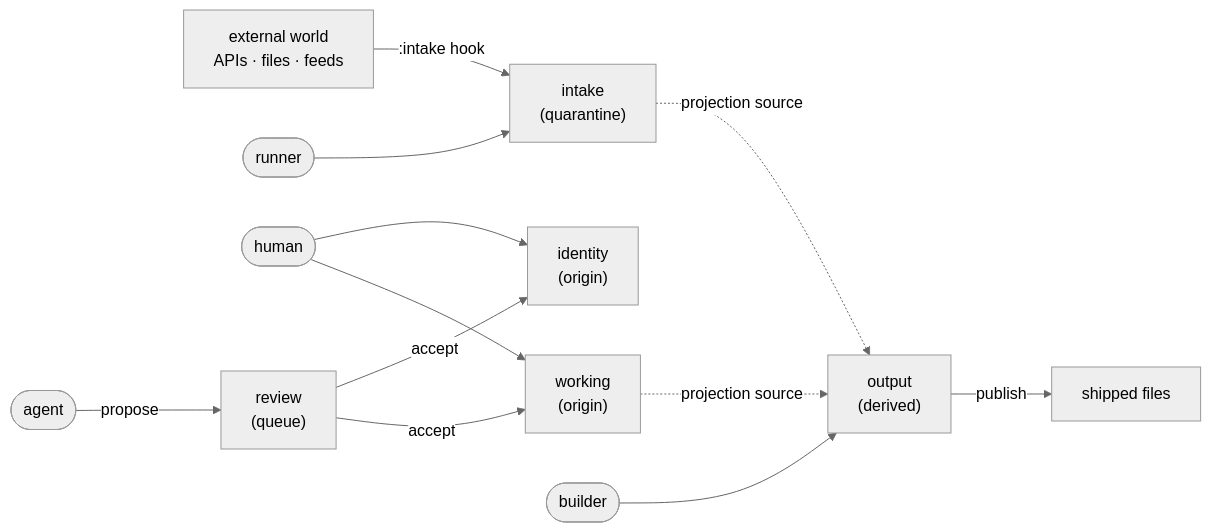
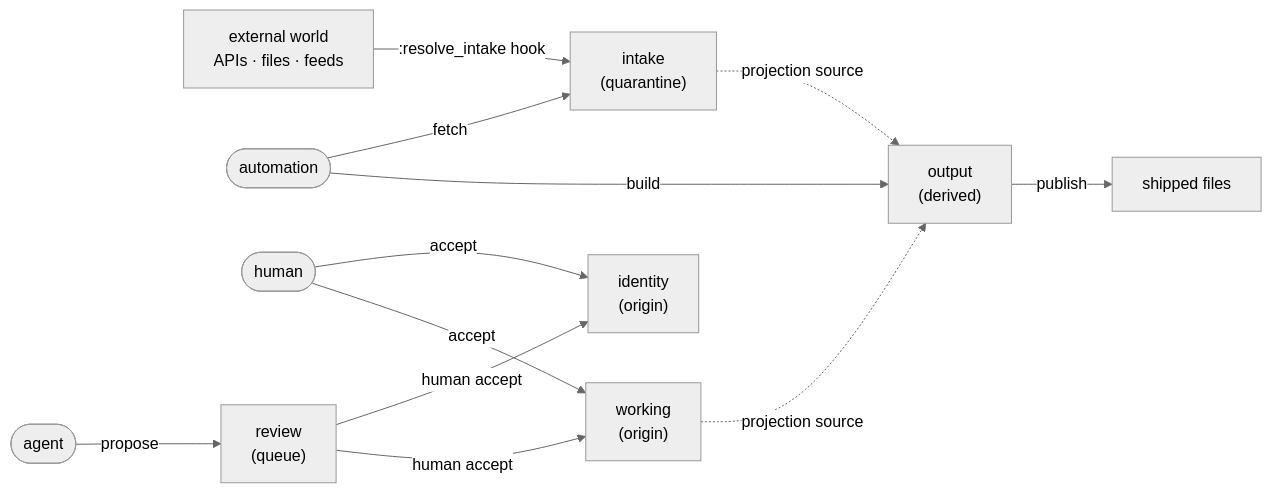
One commit to patrick204nqh/textus changed the diagram in docs/zones.md. Above: the diagram before and after it, drawn with Mermaid (neutral theme). The commit also changed other lines of this file and 6 other files, not shown here.

````diff
--- a/docs/zones.md
+++ b/docs/zones.md
@@ -28,14 +28,14 @@
 ```mermaid
 flowchart LR
-    ext["external world<br/>APIs · files · feeds"] -->|:intake hook| intake["intake<br/>(quarantine)"]
-    runner(["runner"]) --> intake
-    human(["human"]) --> identity["identity<br/>(origin)"]
-    human --> working["working<br/>(origin)"]
+    ext["external world<br/>APIs · files · feeds"] -->|:resolve_intake hook| intake["intake<br/>(quarantine)"]
+    automation(["automation"]) -->|fetch| intake
+    human(["human"]) -->|accept| identity["identity<br/>(origin)"]
+    human -->|accept| working["working<br/>(origin)"]
     agent(["agent"]) -->|propose| review["review<br/>(queue)"]
-    review -->|accept| identity
-    review -->|accept| working
-    builder(["builder"]) --> output["output<br/>(derived)"]
+    review -->|human accept| identity
+    review -->|human accept| working
+    automation -->|build| output["output<br/>(derived)"]
     intake -.->|projection source| output
     working -.->|projection source| output
     output -->|publish| files["shipped files"]
 ```
````
